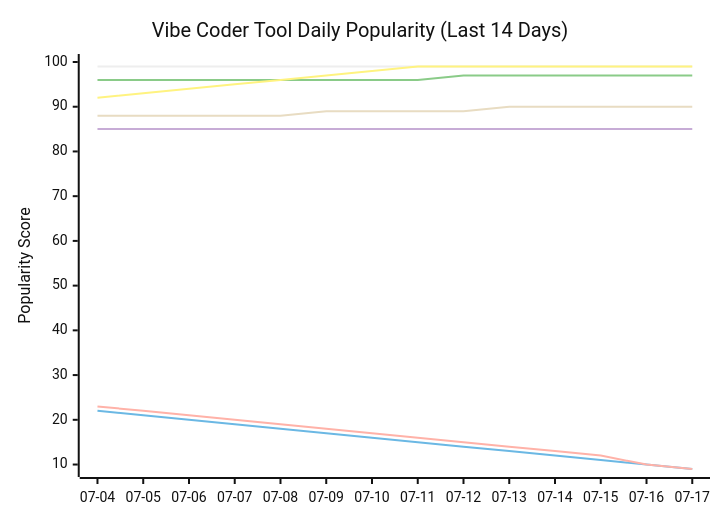
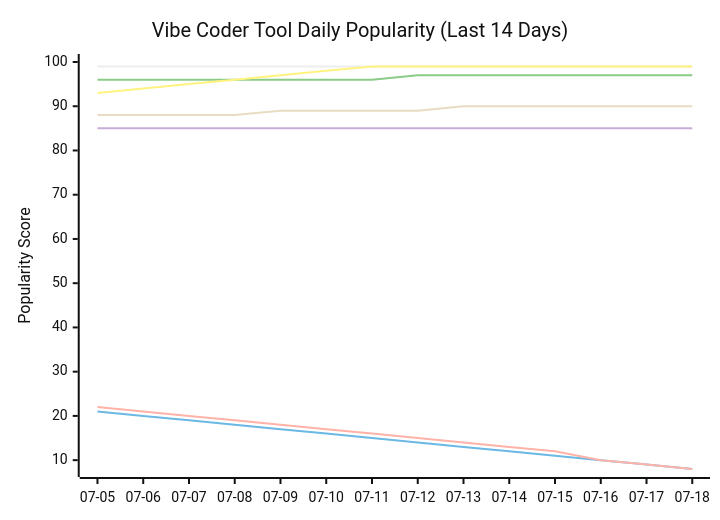
The seventh of 11 diagrams in README.md (tykimos/ai-whatchelin), drawn with Mermaid (neutral theme) before and after one commit. The commit also changed other lines of this file and 4 other files, not shown here.

````diff
--- a/README.md
+++ b/README.md
@@ -2014,13 +2014,13 @@
 ```mermaid
 xychart-beta
     title "Vibe Coder Tool Daily Popularity (Last 14 Days)"
-    x-axis ["07-04", "07-05", "07-06", "07-07", "07-08", "07-09", "07-10", "07-11", "07-12", "07-13", "07-14", "07-15", "07-16", "07-17"]
-    y-axis "Popularity Score" 9 --> 100
+    x-axis ["07-05", "07-06", "07-07", "07-08", "07-09", "07-10", "07-11", "07-12", "07-13", "07-14", "07-15", "07-16", "07-17", "07-18"]
+    y-axis "Popularity Score" 8 --> 100
     line "Claude Code" [99, 99, 99, 99, 99, 99, 99, 99, 99, 99, 99, 99, 99, 99]
-    line "GH Copilot" [22, 21, 20, 19, 18, 17, 16, 15, 14, 13, 12, 11, 10, 9]
-    line "Cursor" [96, 96, 96, 96, 96, 96, 96, 96, 97, 97, 97, 97, 97, 97]
+    line "GH Copilot" [21, 20, 19, 18, 17, 16, 15, 14, 13, 12, 11, 10, 9, 8]
+    line "Cursor" [96, 96, 96, 96, 96, 96, 96, 97, 97, 97, 97, 97, 97, 97]
     line "Windsurf" [85, 85, 85, 85, 85, 85, 85, 85, 85, 85, 85, 85, 85, 85]
-    line "Codex CLI" [88, 88, 88, 88, 88, 89, 89, 89, 89, 90, 90, 90, 90, 90]
-    line "Gemini CLI" [23, 22, 21, 20, 19, 18, 17, 16, 15, 14, 13, 12, 10, 9]
-    line "Antigravity" [92, 93, 94, 95, 96, 97, 98, 99, 99, 99, 99, 99, 99, 99]
+    line "Codex CLI" [88, 88, 88, 88, 89, 89, 89, 89, 90, 90, 90, 90, 90, 90]
+    line "Gemini CLI" [22, 21, 20, 19, 18, 17, 16, 15, 14, 13, 12, 10, 9, 8]
+    line "Antigravity" [93, 94, 95, 96, 97, 98, 99, 99, 99, 99, 99, 99, 99, 99]
 ```
````
